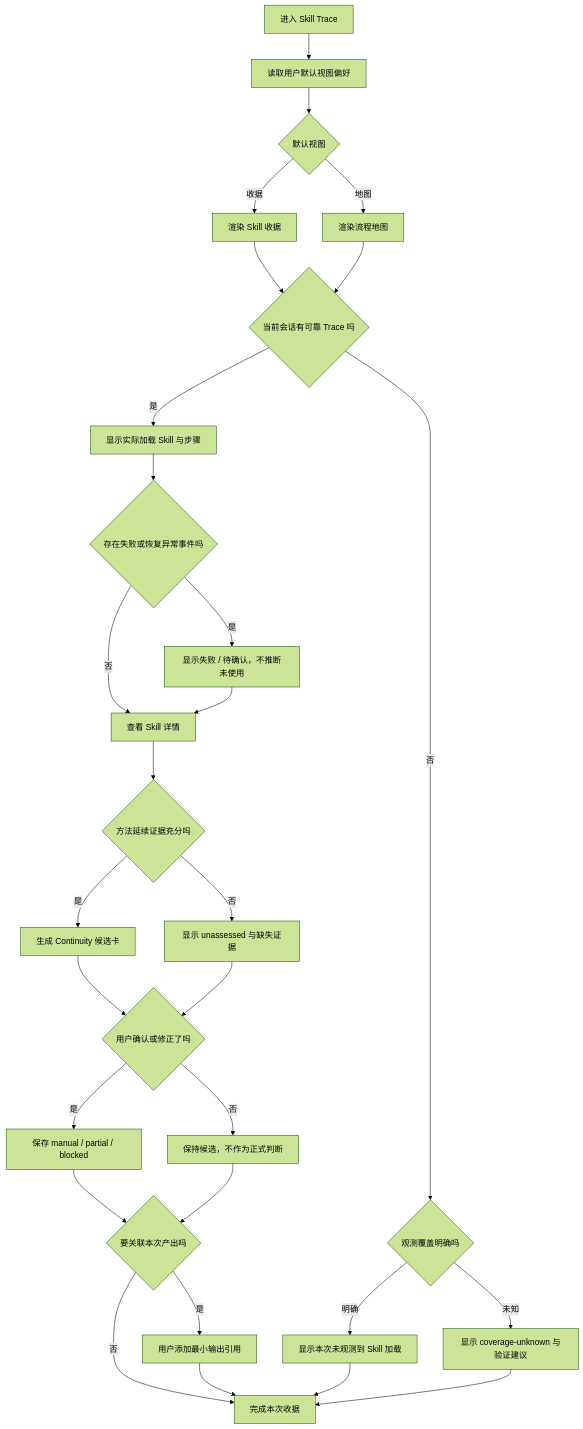
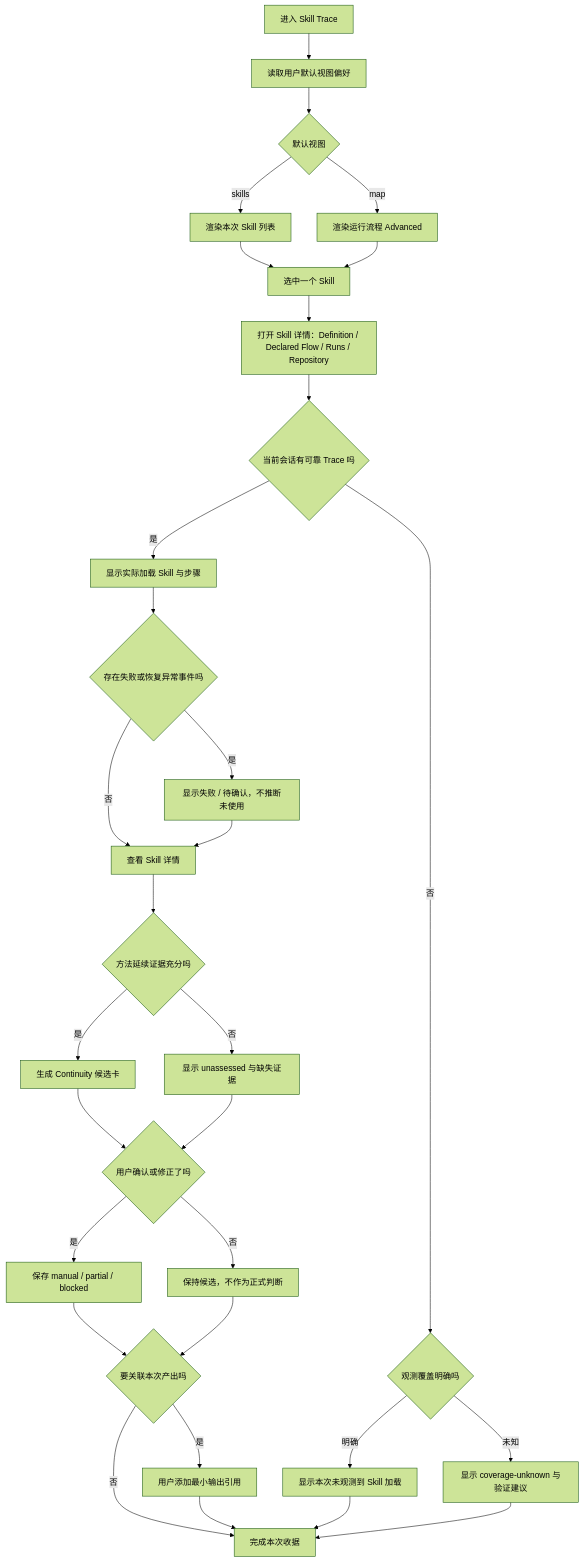
The fourth of 7 diagrams in 04-product-requirements.md (PolinniZhong/dsh-skill-intelligence), drawn with Mermaid (forest theme) before and after one commit. The commit also changed other lines of this file and 19 other files, not shown here.

````diff
--- a/04-product-requirements.md
+++ b/04-product-requirements.md
@@ -386,51 +386,54 @@
 ```mermaid
 flowchart TD
     A[进入 Skill Trace]
     A1[读取用户默认视图偏好]
     A2{默认视图}
-    A3[渲染 Skill 收据]
-    A4[渲染流程地图]
+    A3[渲染本次 Skill 列表]
+    A4[渲染运行流程 Advanced]
+    A0[选中一个 Skill]
+    A5[打开 Skill 详情：Definition / Declared Flow / Runs / Repository]
     B{当前会话有可靠 Trace 吗}
     C[显示实际加载 Skill 与步骤]
     D{存在失败或恢复异常事件吗}
     E[显示失败 / 待确认，不推断未使用]
     F[查看 Skill 详情]
     G{方法延续证据充分吗}
     H[生成 Continuity 候选卡]
     I[显示 unassessed 与缺失证据]
     J{用户确认或修正了吗}
     K[保存 manual / partial / blocked]
     L[保持候选，不作为正式判断]
     M{要关联本次产出吗}
     N[用户添加最小输出引用]
     P[完成本次收据]
     Q{观测覆盖明确吗}
     R[显示本次未观测到 Skill 加载]
     S[显示 coverage-unknown 与验证建议]
 
     A --> A1 --> A2
-    A2 -- 收据 --> A3 --> B
-    A2 -- 地图 --> A4 --> B
+    A2 -- skills --> A3 --> A0 --> A5
+    A2 -- map --> A4 --> A0
+    A5 --> B
     B -- 是 --> C
     C --> D
     D -- 是 --> E
     D -- 否 --> F
     E --> F
     F --> G
     G -- 是 --> H
     G -- 否 --> I
     H --> J
     I --> J
     J -- 是 --> K
     J -- 否 --> L
     K --> M
     L --> M
     M -- 是 --> N
     M -- 否 --> P
     N --> P
     B -- 否 --> Q
     Q -- 明确 --> R
     Q -- 未知 --> S
     R --> P
     S --> P
 ```
````
